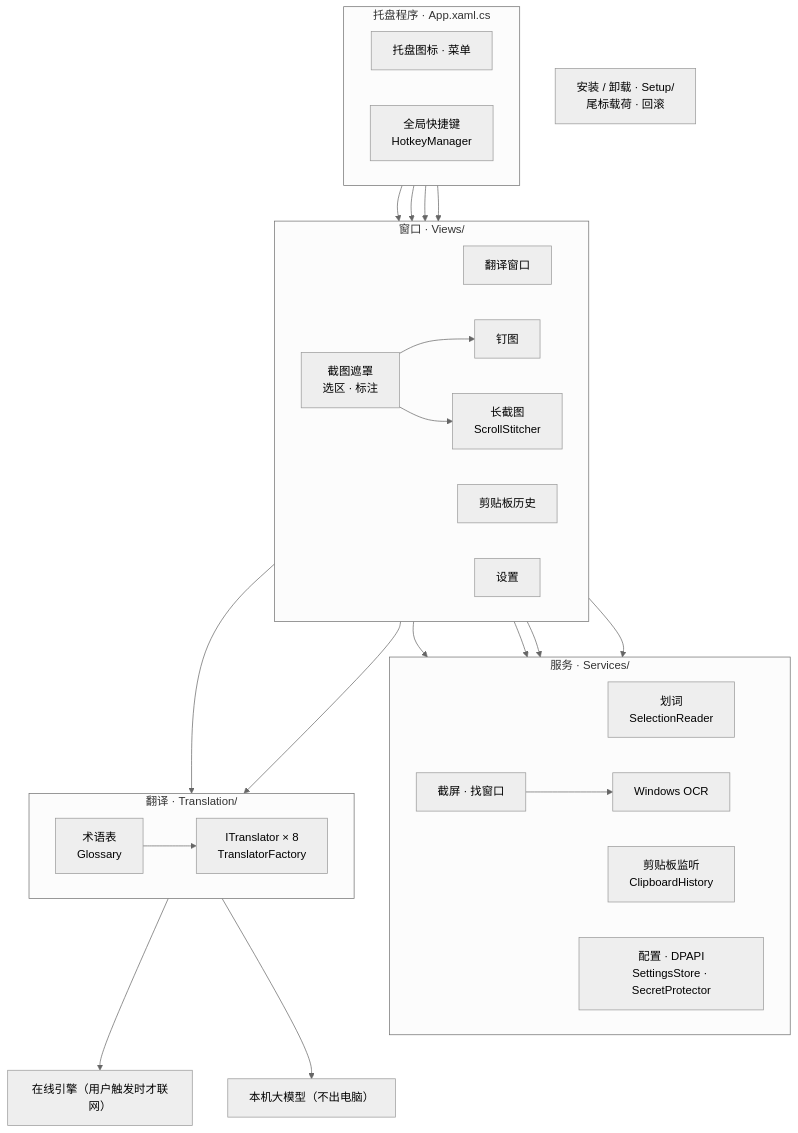
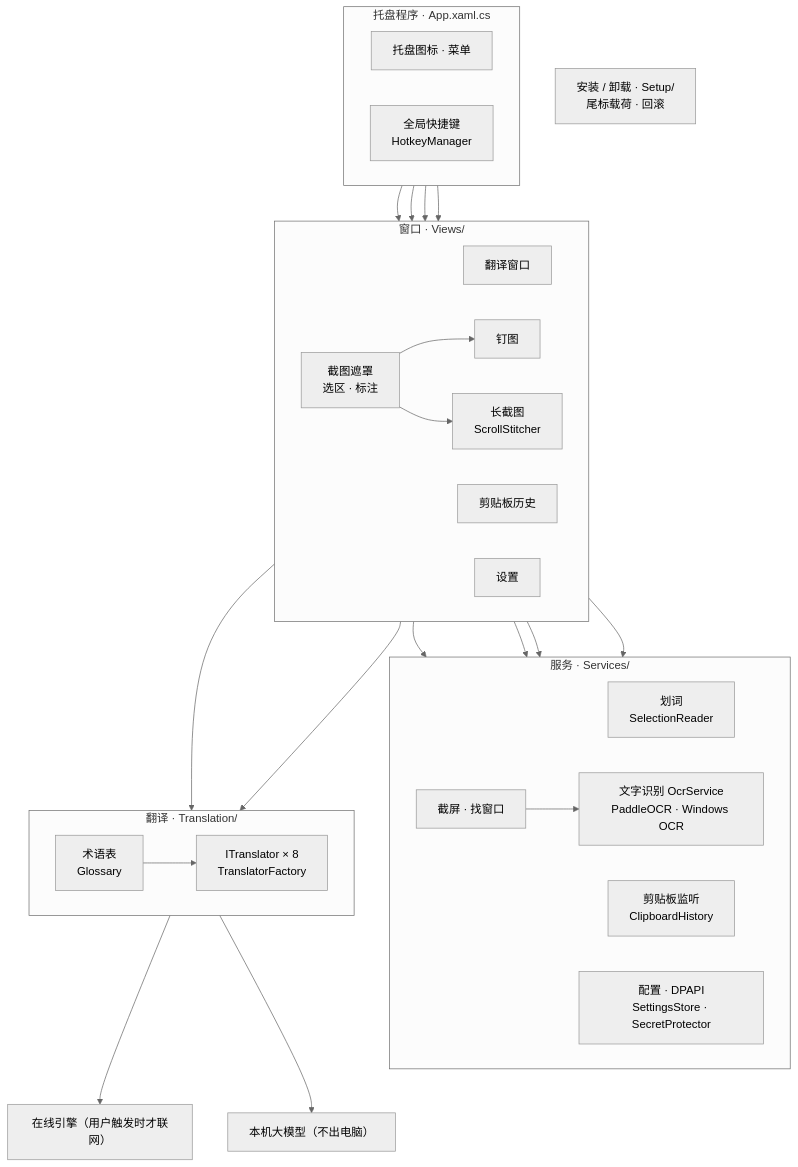
The first of 3 diagrams in README.md (ThreeBrook/Threebrook-Interpret-source), drawn with Mermaid (neutral theme) before and after one commit. The commit also changed other lines of this file and 11 other files, not shown here.

First line of the commit message:
README：换成宣传图，补上钉图选字和高精度识别

````diff
--- a/README.md
+++ b/README.md
@@ -67,44 +83,44 @@
 ```mermaid
 flowchart TB
     subgraph APP["托盘程序 · App.xaml.cs"]
         direction LR
         TRAY["托盘图标 · 菜单"]
         HK["全局快捷键<br/>HotkeyManager"]
     end
     subgraph VIEWS["窗口 · Views/"]
         direction LR
         TW["翻译窗口"]
         SO["截图遮罩<br/>选区 · 标注"]
         PIN["钉图"]
         LONG["长截图<br/>ScrollStitcher"]
         HIS["剪贴板历史"]
         SET["设置"]
     end
     subgraph SVC["服务 · Services/"]
         direction LR
         SEL["划词<br/>SelectionReader"]
         CAP["截屏 · 找窗口"]
-        OCR["Windows OCR"]
+        OCR["文字识别 OcrService<br/>PaddleOCR · Windows OCR"]
         CB["剪贴板监听<br/>ClipboardHistory"]
         CFG["配置 · DPAPI<br/>SettingsStore · SecretProtector"]
     end
     subgraph TR["翻译 · Translation/"]
         direction LR
         GL["术语表<br/>Glossary"]
         ENG["ITranslator × 8<br/>TranslatorFactory"]
     end
     NET["在线引擎（用户触发时才联网）"]
     LLM["本机大模型（不出电脑）"]
     SETUP["安装 / 卸载 · Setup/<br/>尾标载荷 · 回滚"]
 
     HK --> TW & SO & HIS
     TRAY --> SET
     TW --> SEL
     SO --> CAP --> OCR
     SO --> PIN & LONG
     TW & SO --> GL --> ENG
     ENG --> NET
     ENG --> LLM
     HIS --> CB
     SET --> CFG
 ```
````
